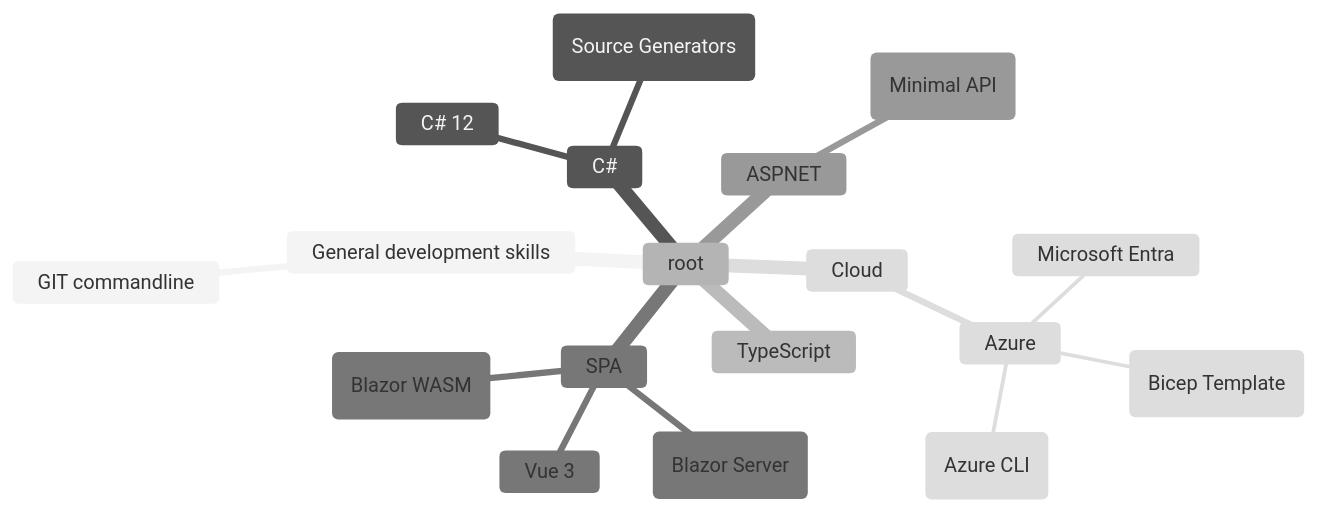
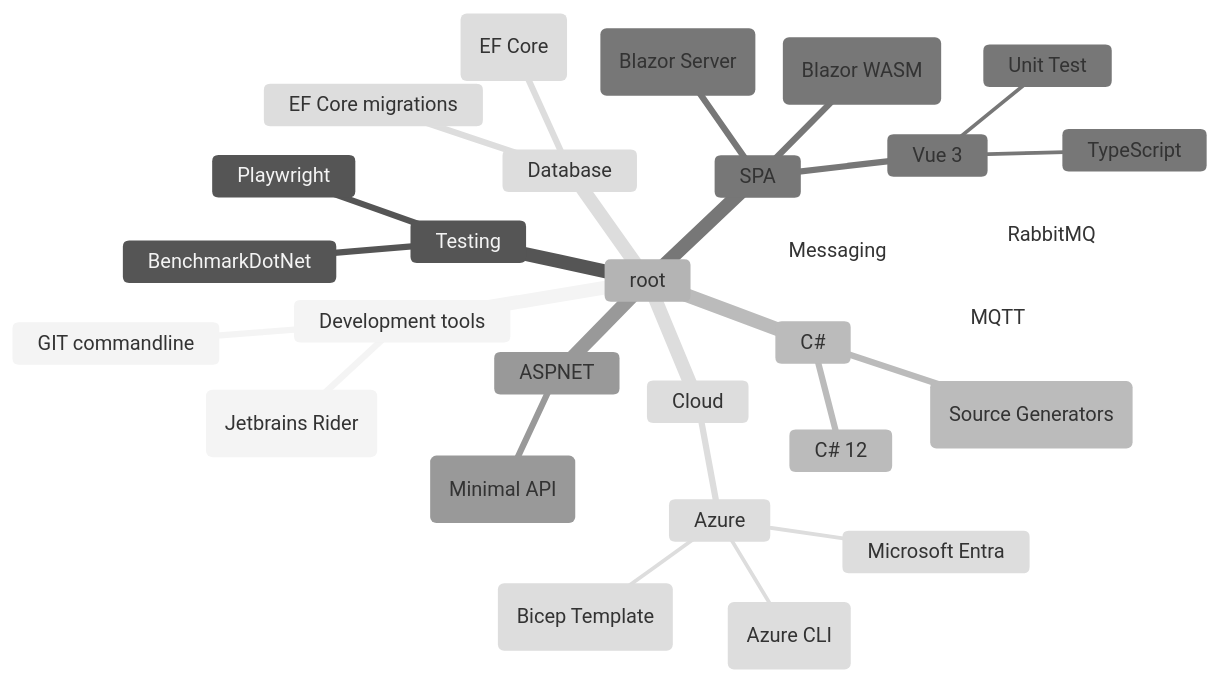
One commit to renevdhoek/renevdhoek changed the second of 2 diagrams in README.md. Above: the diagram before and after it, drawn with Mermaid (neutral theme). The commit also changed other lines of this file, not shown here.

````diff
--- a/README.md
+++ b/README.md
@@ -11,21 +11,32 @@
 ```mermaid
 mindmap
   root
-    General development skills      
+    Development tools      
         GIT commandline
+        (Jetbrains Rider)
+    Testing
+      Playwright
+      BenchmarkDotNet
     C#
       C# 12
       (Source Generators)
-    TypeScript
     SPA
       Vue 3
+        Unit Test
+        TypeScript
       (Blazor Server)
       (Blazor WASM)
     ASPNET
       (Minimal API)
+    Database
+      EF Core migrations
+      (EF Core)
+    Messaging
+      MQTT
+      RabbitMQ
     Cloud
       Azure
         Microsoft Entra
         (Bicep Template)
         (Azure CLI)
 ```
````
